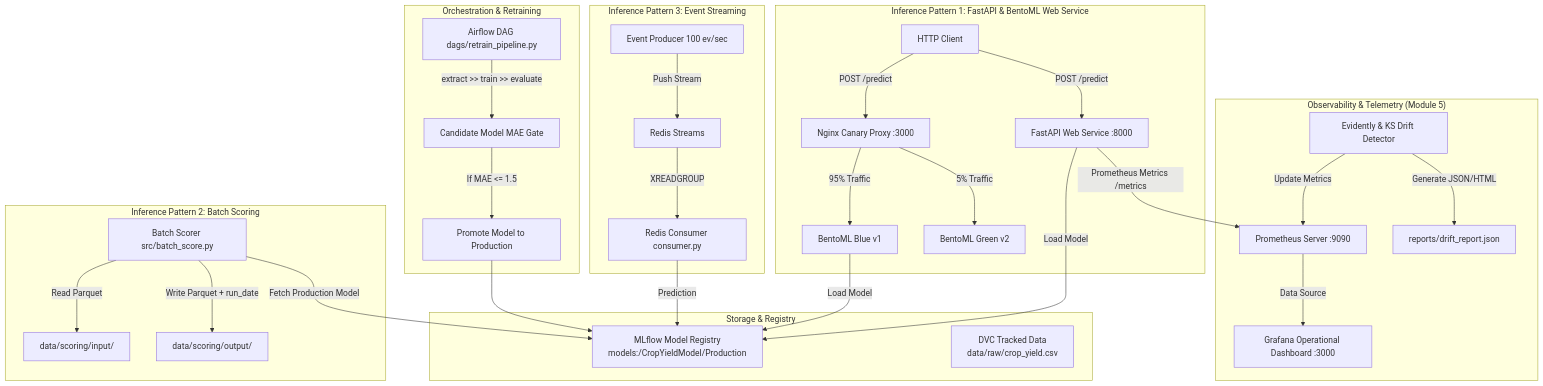
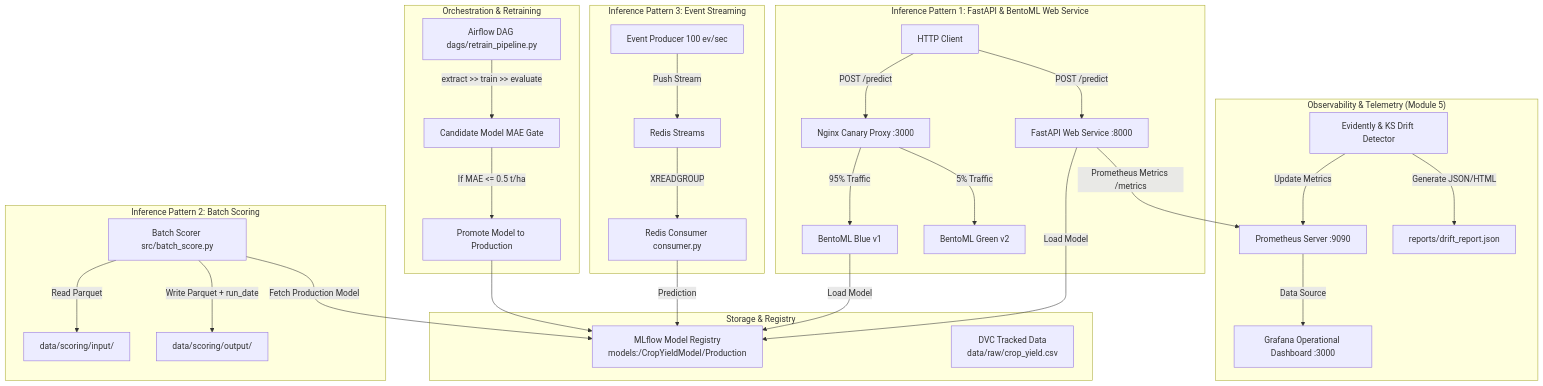
Before and after one commit to amrkh2004/crop-yield-mlops: the diagram in README.md, drawn with Mermaid. The commit also changed 14 other files, not shown here.

````diff
--- a/README.md
+++ b/README.md
@@ -37,41 +37,41 @@
 ```mermaid
 graph TD
     subgraph Storage & Registry
         M[MLflow Model Registry<br>models:/CropYieldModel/Production]
         DVC[DVC Tracked Data<br>data/raw/crop_yield.csv]
     end
 
     subgraph "Inference Pattern 1: FastAPI & BentoML Web Service"
         C[HTTP Client] -->|POST /predict| API[FastAPI Web Service :8000]
         C -->|POST /predict| NGINX[Nginx Canary Proxy :3000]
         NGINX -->|95% Traffic| B1[BentoML Blue v1]
         NGINX -->|5% Traffic| B2[BentoML Green v2]
         API -->|Load Model| M
         B1 -->|Load Model| M
     end
 
     subgraph "Inference Pattern 2: Batch Scoring"
         BS[Batch Scorer src/batch_score.py] -->|Read Parquet| IN[data/scoring/input/]
         BS -->|Fetch Production Model| M
         BS -->|Write Parquet + run_date| OUT[data/scoring/output/]
     end
 
     subgraph "Inference Pattern 3: Event Streaming"
         PROD[Event Producer 100 ev/sec] -->|Push Stream| REDIS[Redis Streams]
         REDIS -->|XREADGROUP| CONS[Redis Consumer consumer.py]
         CONS -->|Prediction| M
     end
 
     subgraph "Observability & Telemetry (Module 5)"
         API -->|Prometheus Metrics /metrics| PROM[Prometheus Server :9090]
         PROM -->|Data Source| GRAF[Grafana Operational Dashboard :3000]
         DRIFT[Evidently & KS Drift Detector] -->|Update Metrics| PROM
         DRIFT -->|Generate JSON/HTML| REP[reports/drift_report.json]
     end
 
     subgraph "Orchestration & Retraining"
         DAG[Airflow DAG dags/retrain_pipeline.py] -->|extract >> train >> evaluate| EXP[Candidate Model MAE Gate]
-        EXP -->|If MAE <= 1.5| PROM_MODEL[Promote Model to Production]
+        EXP -->|If MAE <= 0.5 t/ha| PROM_MODEL[Promote Model to Production]
         PROM_MODEL --> M
     end
 ```
````
